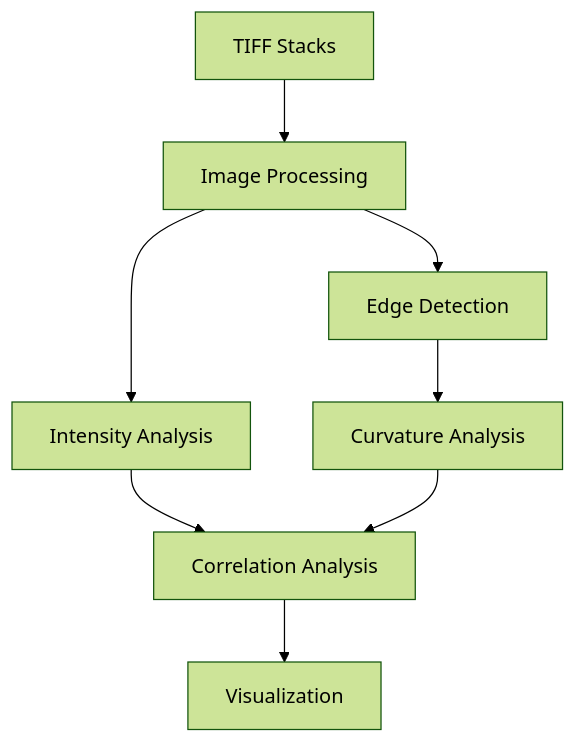
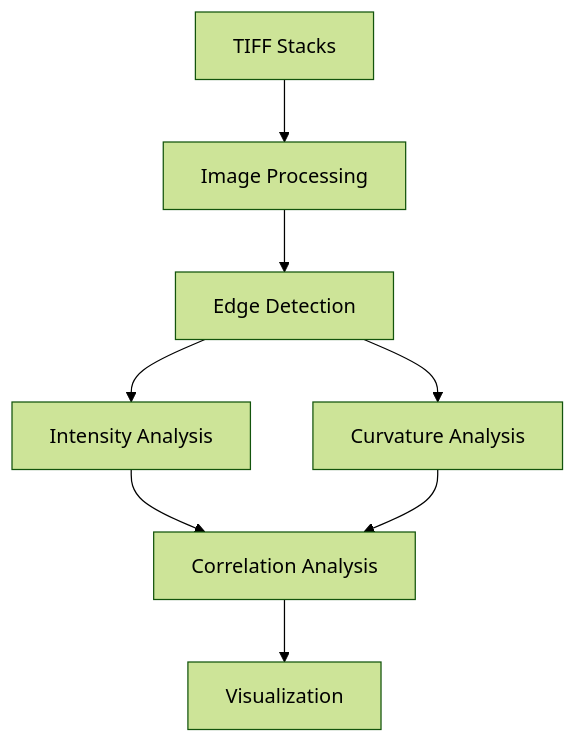
One commit to gddickinson/cell_edge_analysis changed the diagram in src/README.md. Above: the diagram before and after it, drawn with Mermaid (forest theme).

````diff
--- a/src/README.md
+++ b/src/README.md
@@ -9,10 +9,10 @@
 ```mermaid
 graph TD
     A[TIFF Stacks] --> B[Image Processing]
     B --> C[Edge Detection]
-    B --> D[Intensity Analysis]
+    C --> D[Intensity Analysis]
     C --> E[Curvature Analysis]
     D --> F[Correlation Analysis]
     E --> F
     F --> G[Visualization]
 ```
````
